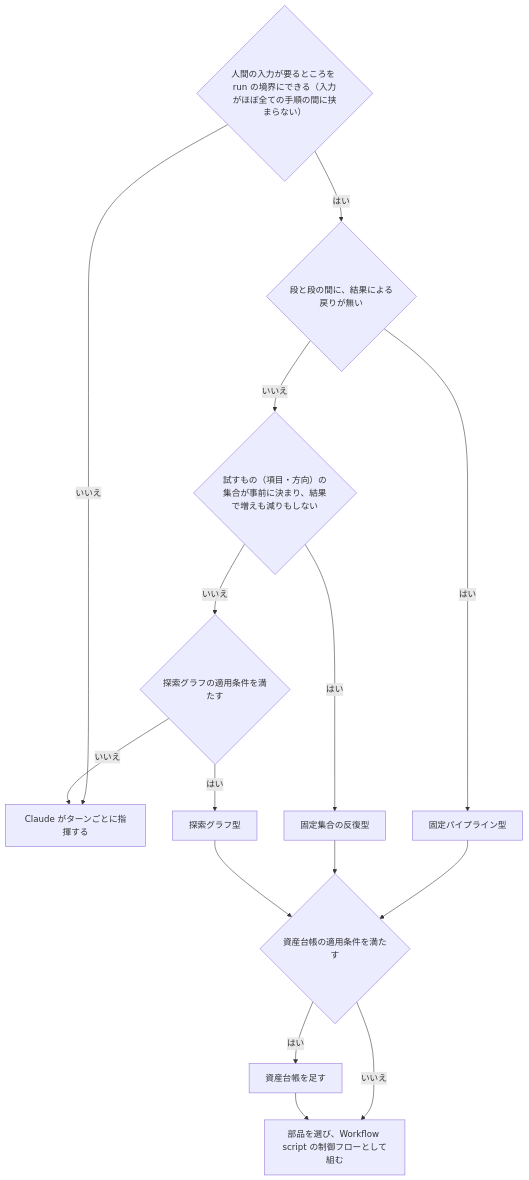
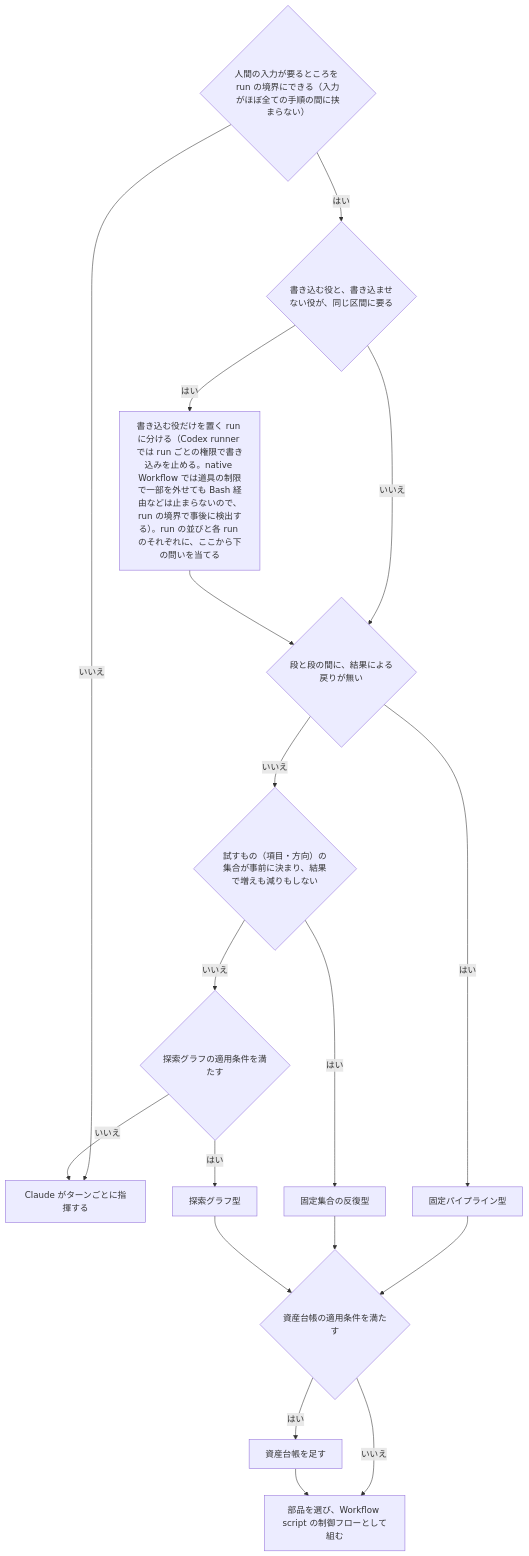
One commit to yoshiysh/claude-plugins changed the second of 3 diagrams in docs/design/skill-design-patterns.md. Above: the diagram before and after it, drawn with Mermaid. The commit also changed other lines of this file and 2 other files, not shown here.

First line of the commit message:
docs(design): 実装・レビュー・指摘対応のスキルを develop plugin に共通化する構成案を足し、設計方針に権限の分離で run を分ける場合を足す (#176)

````diff
--- a/docs/design/skill-design-patterns.md
+++ b/docs/design/skill-design-patterns.md
@@ -99,17 +99,20 @@
 ```mermaid
 flowchart TD
   A{"人間の入力が要るところを run の境界にできる（入力がほぼ全ての手順の間に挟まらない）"} -- いいえ --> T["Claude がターンごとに指揮する"]
-  A -- はい --> Q1{"段と段の間に、結果による戻りが無い"}
+  A -- はい --> W{"書き込む役と、書き込ませない役が、同じ区間に要る"}
+  W -- はい --> R["書き込む役だけを置く run に分ける（Codex runner では run ごとの権限で書き込みを止める。native Workflow では道具の制限で一部を外せても Bash 経由などは止まらないので、run の境界で事後に検出する）。run の並びと各 run のそれぞれに、ここから下の問いを当てる"]
+  W -- いいえ --> Q1{"段と段の間に、結果による戻りが無い"}
+  R --> Q1
   Q1 -- はい --> P["固定パイプライン型"]
   Q1 -- いいえ --> Q2{"試すもの（項目・方向）の集合が事前に決まり、結果で増えも減りもしない"}
   Q2 -- はい --> GV["固定集合の反復型"]
   Q2 -- いいえ --> Q3{"探索グラフの適用条件を満たす"}
   Q3 -- はい --> G["探索グラフ型"]
   Q3 -- いいえ --> T
   P --> Q4{"資産台帳の適用条件を満たす"}
   GV --> Q4
   G --> Q4
   Q4 -- はい --> L["資産台帳を足す"]
   Q4 -- いいえ --> S
   L --> S["部品を選び、Workflow script の制御フローとして組む"]
 ```
````
